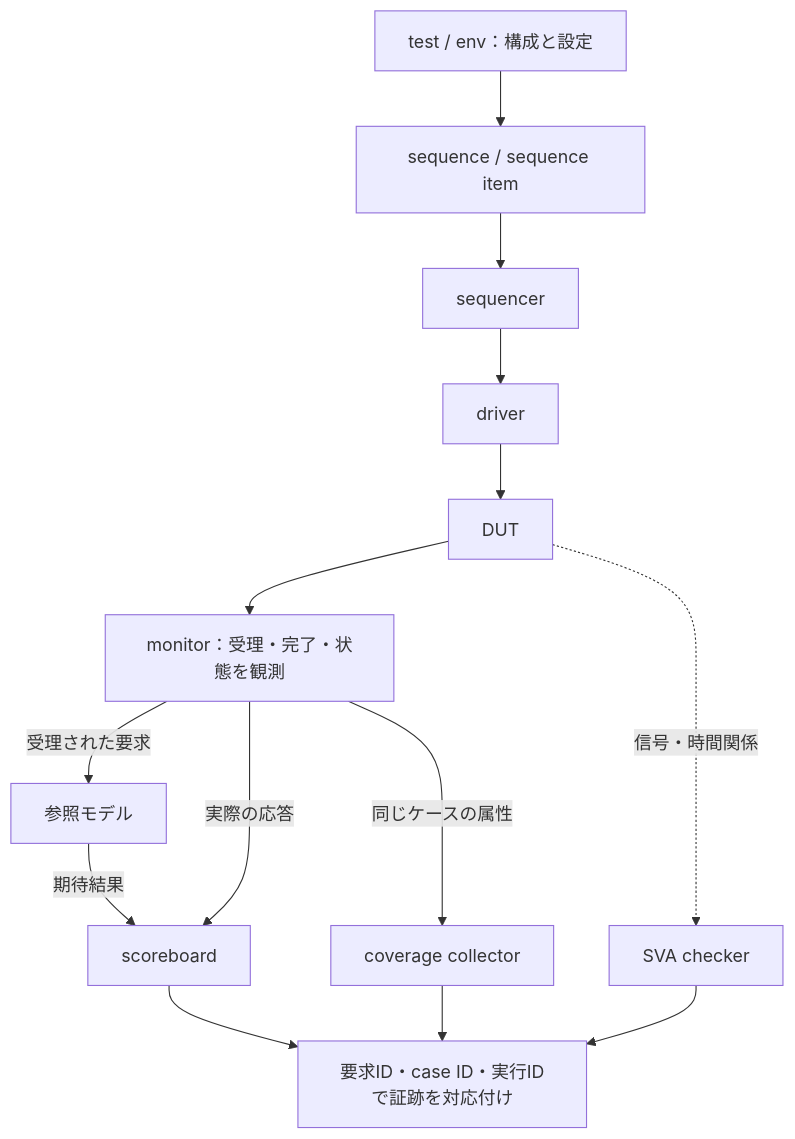
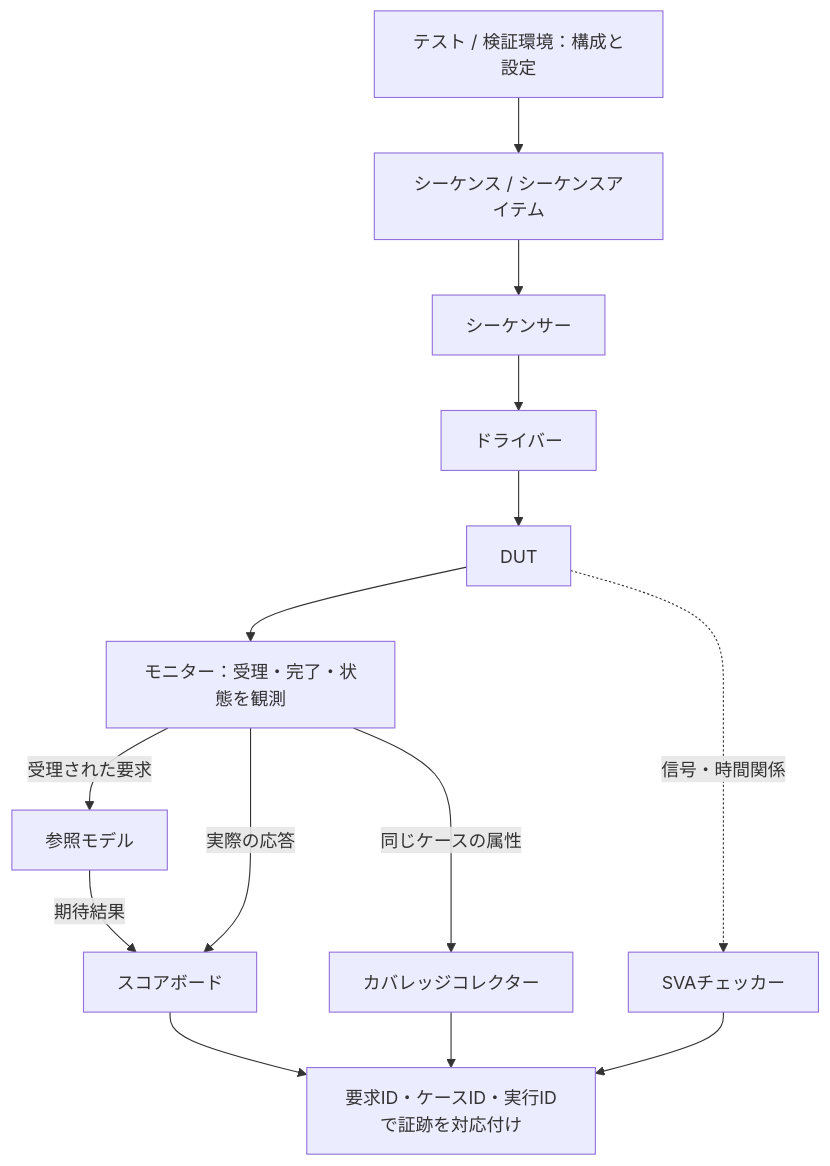
The diagram in docs/method/uvm-verification.md (kurochan001/lsi-verification-method), drawn with Mermaid before and after one commit. The commit also changed other lines of this file and 26 other files, not shown here.

````diff
--- a/docs/method/uvm-verification.md
+++ b/docs/method/uvm-verification.md
@@ -31,16 +31,16 @@
 ```mermaid
 flowchart TD
   accTitle: UVMで刺激、観測、判定、到達を結ぶ構成
-  accDescr: sequenceからDUTへ刺激を送り、monitorの受理観測を参照モデルへ、応答観測をscoreboardへ渡し、coverageにも関連付ける。
-  T["test / env：構成と設定"] --> S["sequence / sequence item"]
-  S --> Q["sequencer"] --> D["driver"] --> U["DUT"]
-  U --> M["monitor：受理・完了・状態を観測"]
+  accDescr: シーケンスからDUTへ刺激を送り、モニターの受理観測を参照モデルへ、応答観測をスコアボードへ渡し、カバレッジにも関連付ける。
+  T["テスト / 検証環境：構成と設定"] --> S["シーケンス / シーケンスアイテム"]
+  S --> Q["シーケンサー"] --> D["ドライバー"] --> U["DUT"]
+  U --> M["モニター：受理・完了・状態を観測"]
   M -- "受理された要求" --> R["参照モデル"]
-  R -- "期待結果" --> B["scoreboard"]
+  R -- "期待結果" --> B["スコアボード"]
   M -- "実際の応答" --> B
-  M -- "同じケースの属性" --> C["coverage collector"]
-  U -. "信号・時間関係" .-> V["SVA checker"]
-  B --> E["要求ID・case ID・実行IDで証跡を対応付け"]
+  M -- "同じケースの属性" --> C["カバレッジコレクター"]
+  U -. "信号・時間関係" .-> V["SVAチェッカー"]
+  B --> E["要求ID・ケースID・実行IDで証跡を対応付け"]
   C --> E
   V --> E
 ```
````
